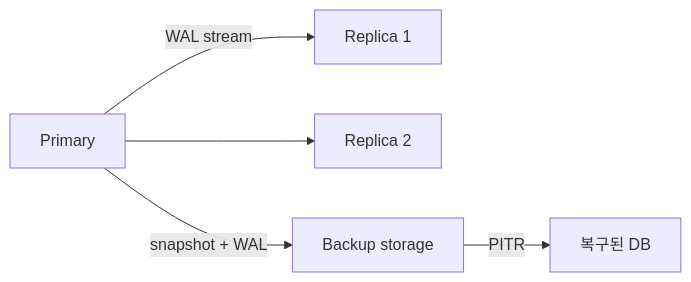
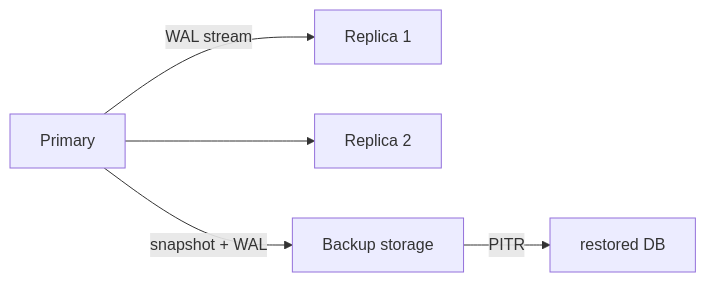
Before and after one commit to yeongseon-books/book-content: the diagram in content/database-systems-101/ko/09-replication-and-backup.md, drawn with Mermaid. The commit also changed other lines of this file and 9 other files, not shown here.

````diff
--- a/content/database-systems-101/ko/09-replication-and-backup.md
+++ b/content/database-systems-101/ko/09-replication-and-backup.md
@@ -36,7 +56,7 @@
 ```mermaid
 flowchart LR
     A["Primary"] -- "WAL stream" --> B["Replica 1"]
     A --> C["Replica 2"]
     A -- "snapshot + WAL" --> D["Backup storage"]
-    D -- "PITR" --> E["복구된 DB"]
+    D -- "PITR" --> E["restored DB"]
 ```
````
